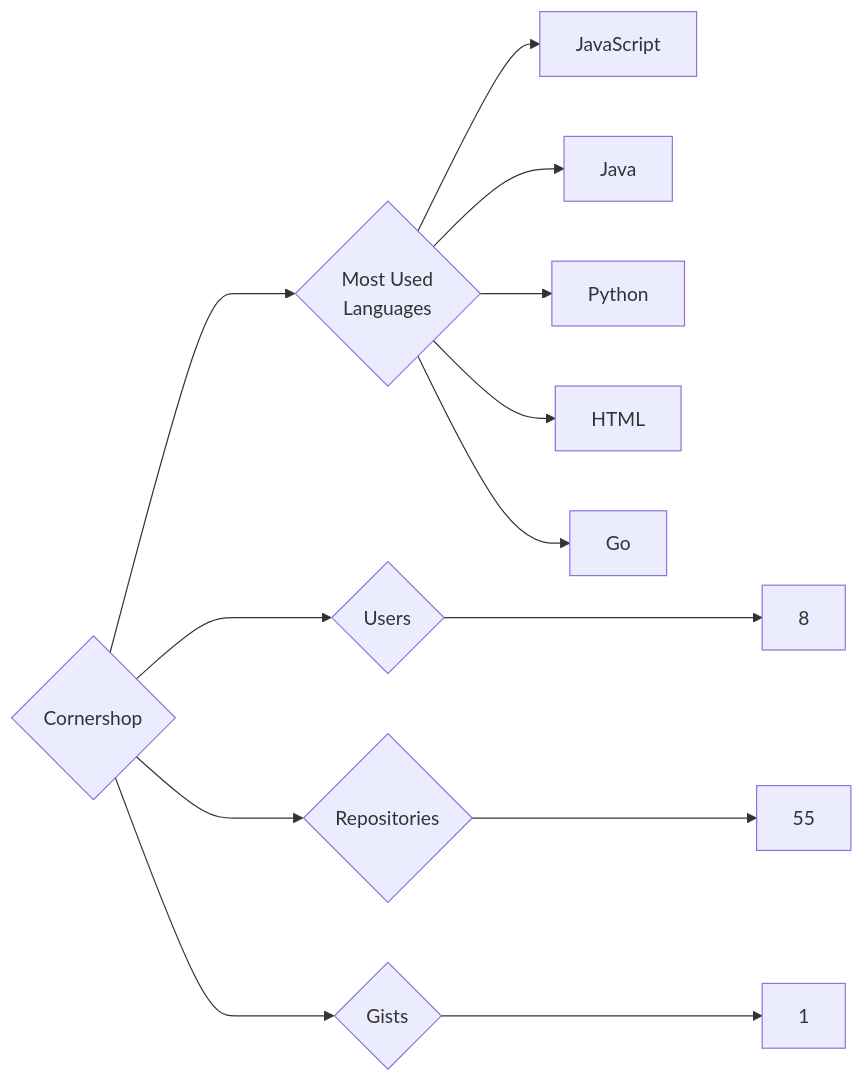
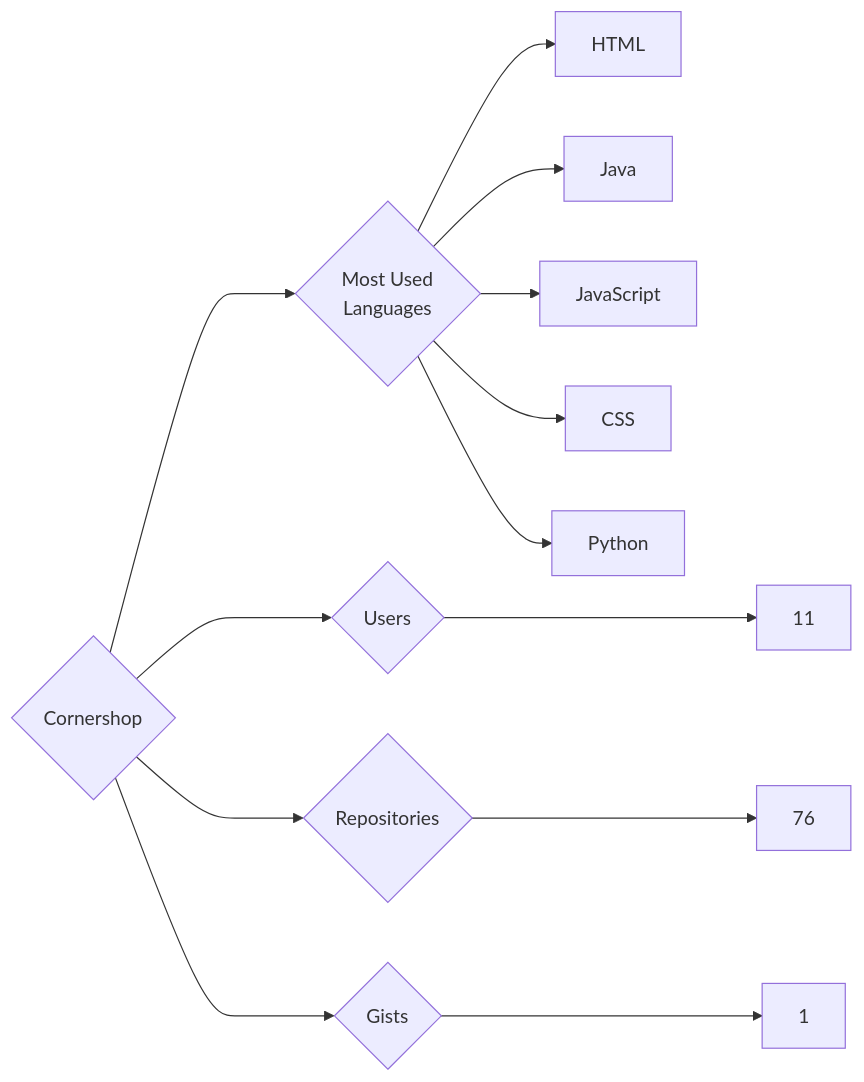
The diagram in targets/Cornershop/README.md (trickest/insiders), drawn with Mermaid before and after one commit. The commit also changed 1055 other files, not shown here.

````diff
--- a/targets/Cornershop/README.md
+++ b/targets/Cornershop/README.md
@@ -3,13 +3,13 @@
 ```mermaid
 graph LR
 COMPANY_NAME{Cornershop}
-COMPANY_NAME ---> U{Users} ---> UN[8]
-COMPANY_NAME ---> R{Repositories} ---> RN[55]
+COMPANY_NAME ---> U{Users} ---> UN[11]
+COMPANY_NAME ---> R{Repositories} ---> RN[76]
 COMPANY_NAME ---> G{Gists} ---> GN[1]
 COMPANY_NAME ---> ML{Most Used<br>Languages}
+ML --> HTML[HTML]
+ML --> Java[Java]
 ML --> JavaScript[JavaScript]
-ML --> Java[Java]
+ML --> CSS[CSS]
 ML --> Python[Python]
-ML --> HTML[HTML]
-ML --> Go[Go]
 ```
````
